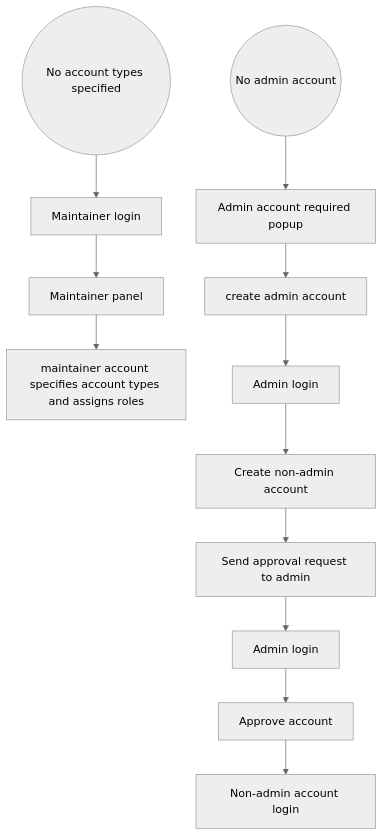
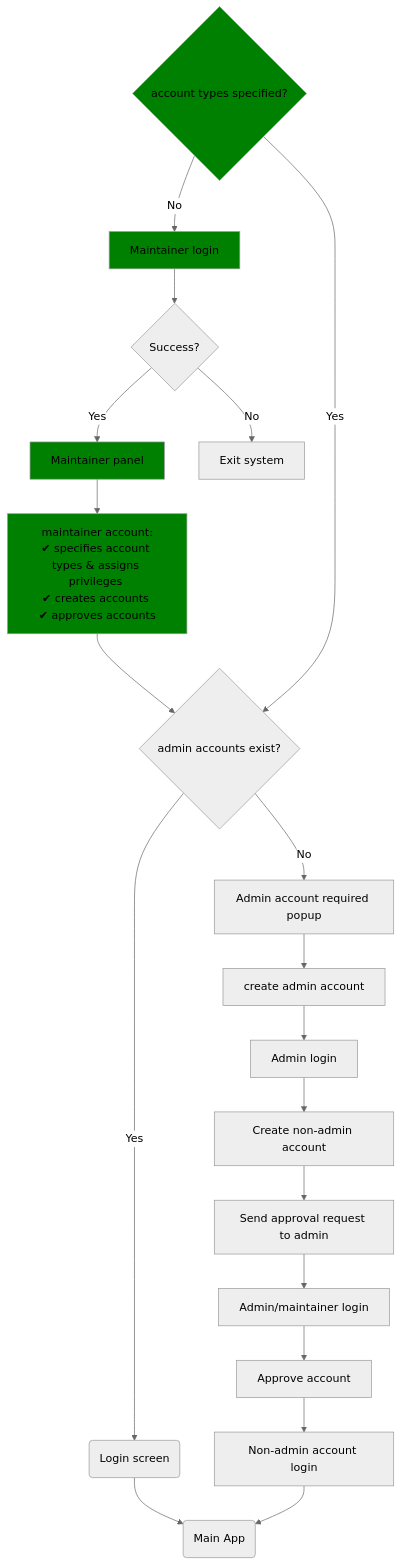
Before and after one commit to Moubassher/accountsfx: the first of 2 diagrams in Dev_log.md, drawn with Mermaid (neutral theme). The commit also changed 8 other files, not shown here.

Commit message:
finish implementing logic flow.

````diff
--- a/Dev_log.md
+++ b/Dev_log.md
@@ -26,11 +26,21 @@
 ```mermaid
 flowchart TD
-    A((No account types specified)) --> A1[Maintainer login]  --> 
-    B[Maintainer panel] --> B1[maintainer account specifies account types and assigns roles] 
-  C((No admin account)) --> D[Admin account required popup] --> E[create admin account] --> F[Admin login]
+    A{account types specified?} 
+    A -- No --> A1[Maintainer login]  -->  B0{Success?} --Yes --> B[Maintainer panel] 
+    B0 -- No --> B1[Exit system]
+    B --> B2["maintainer account:<br/>✔ specifies account types & assigns privileges <br/>✔ creates accounts <br/>✔ approves accounts"] --> C1
+    
+    
+  A -- Yes --> C1{admin accounts exist?} 
+  C1 -- No --> D[Admin account required popup] --> E[create admin account] -->  F[Admin login] 
+  C1 -- Yes --> C2(Login screen) --> C3(Main App)
 
   F --> G[Create non-admin account] --> H[Send approval request to admin]
-  H --> I["Admin login"]
+  H --> I["Admin/maintainer login"]
   I --> J[Approve account]
-  J --> K[Non-admin account login]
+  J --> K[Non-admin account login] --> C3
+  
+  classDef tested fill: green
+ class A,A1,B,B2 tested
+  
 ```
````
